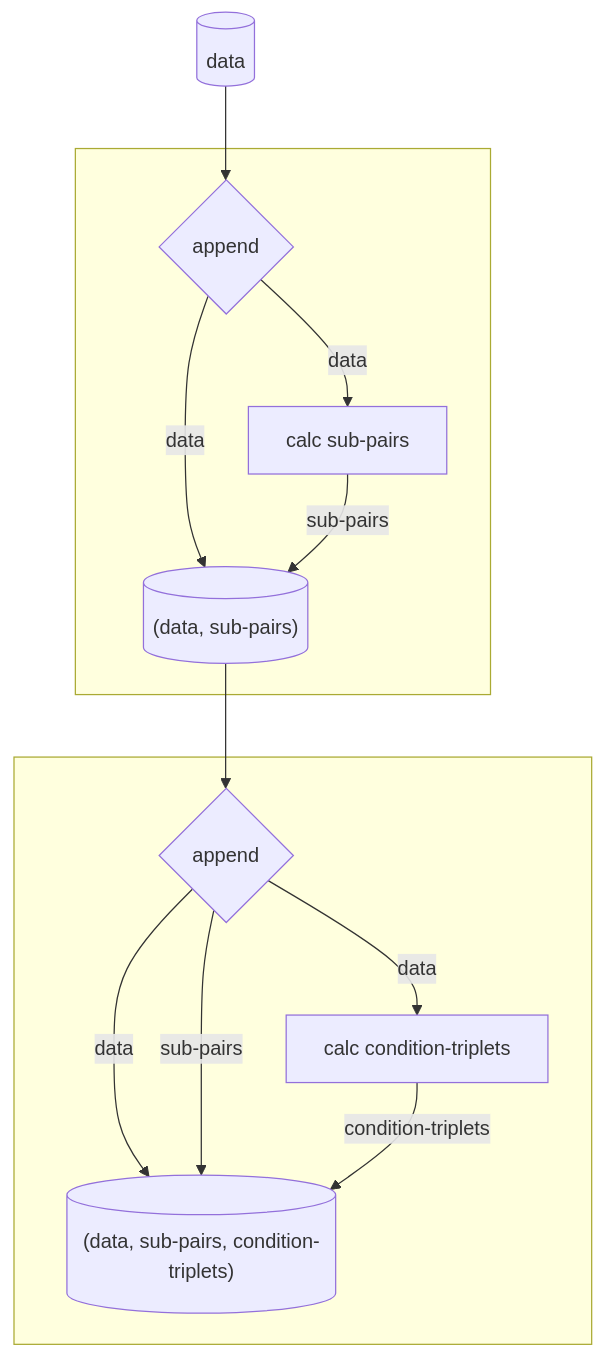
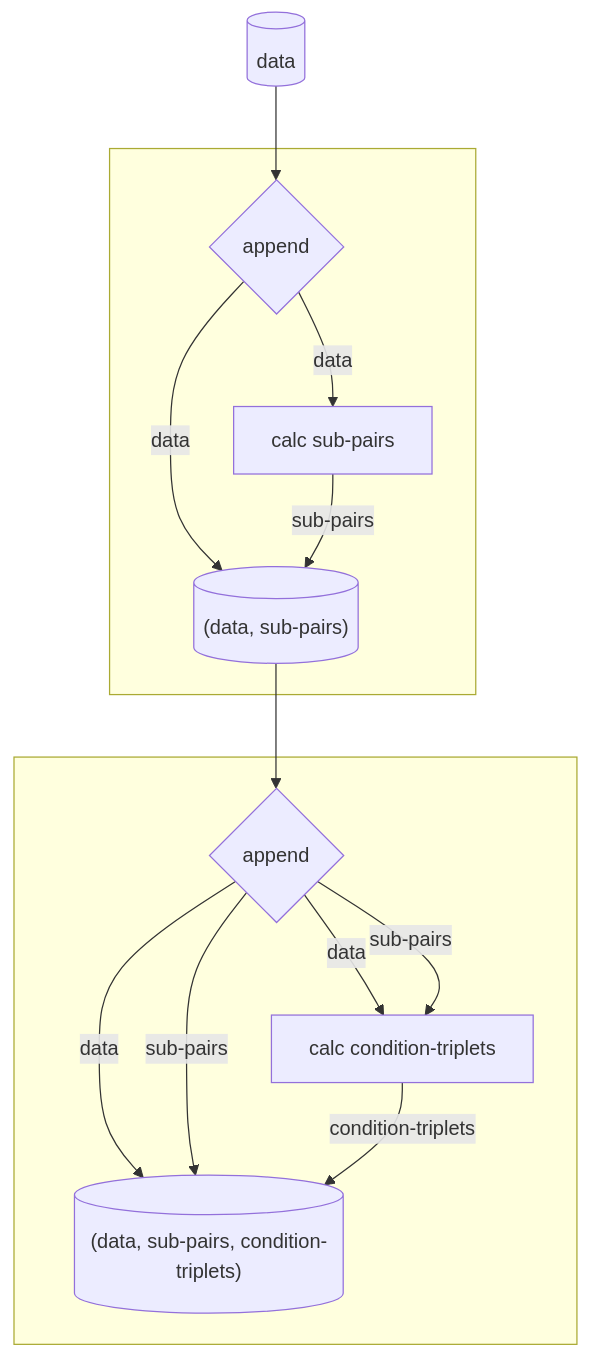
One commit to ejolly/py-utilz changed the fourth of 11 diagrams in docs/pipes.md. Above: the diagram before and after it, drawn with Mermaid. The commit also changed other lines of this file and 5 other files, not shown here.

````diff
--- a/docs/pipes.md
+++ b/docs/pipes.md
@@ -102,14 +102,15 @@
 ```mermaid
 graph TD
   df[(data)]-->append{append}
   subgraph  
   append-- data -->df2[("(data, sub-pairs)")]
   append-- data -->lambda[calc sub-pairs]-- sub-pairs -->df2
   end
   df2 -->append2{append}
   subgraph  
   append2-- data -->df3[("(data, sub-pairs, condition-triplets)")]
   append2-- sub-pairs -->df3
   append2-- data -->lambda2[calc condition-triplets]-- condition-triplets -->df3
+  append2-- sub-pairs -->lambda2
   end
 ```
````
